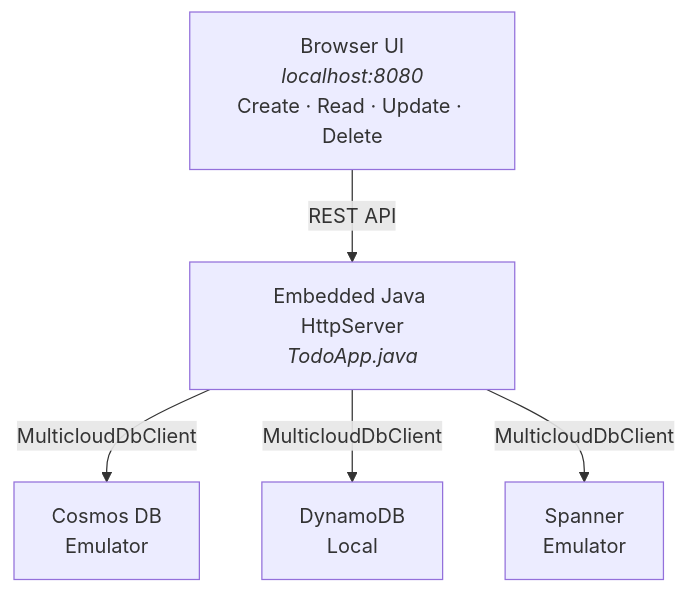
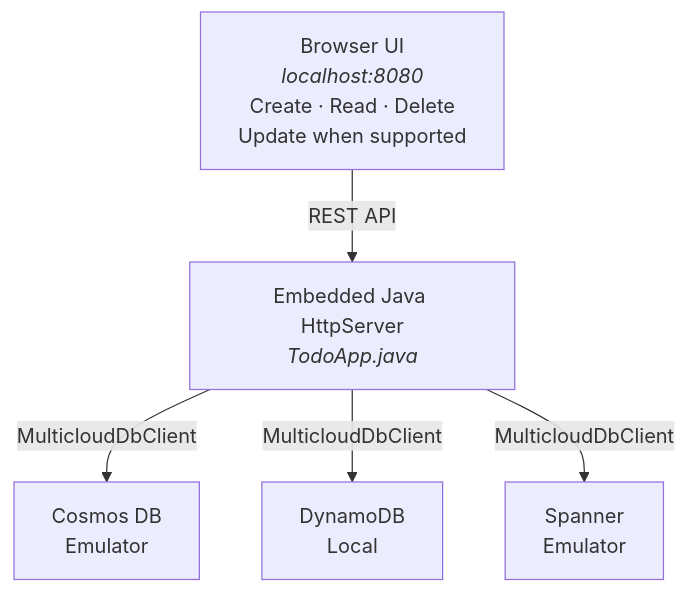
Before and after one commit to allenkim0129/multiclouddb-sdk-for-java: the diagram in docs/samples/todo-app.md, drawn with Mermaid. The commit also changed other lines of this file and 89 other files, not shown here.

````diff
--- a/docs/samples/todo-app.md
+++ b/docs/samples/todo-app.md
@@ -22,8 +25,8 @@
 ```mermaid
 graph TD
-    UI["Browser UI<br/><i>localhost:8080</i><br/>Create · Read · Update · Delete"]
+    UI["Browser UI<br/><i>localhost:8080</i><br/>Create · Read · Delete<br/>Update when supported"]
     UI -->|REST API| Server["Embedded Java HttpServer<br/><i>TodoApp.java</i>"]
     Server -->|MulticloudDbClient| Cosmos["Cosmos DB<br/>Emulator"]
     Server -->|MulticloudDbClient| Dynamo["DynamoDB<br/>Local"]
     Server -->|MulticloudDbClient| Spanner["Spanner<br/>Emulator"]
 ```
````
